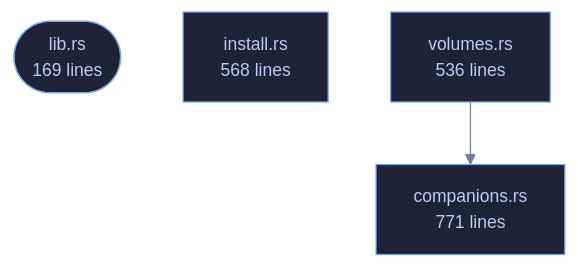
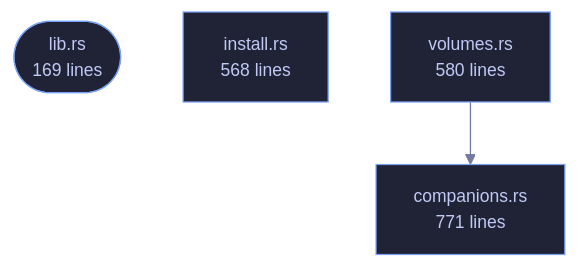
Before and after one commit to tilas01/veilvoice: the diagram in crates/veilvoice-setup/README.md, drawn with Mermaid. The commit also changed other lines of this file and 30 other files, not shown here.

````diff
--- a/crates/veilvoice-setup/README.md
+++ b/crates/veilvoice-setup/README.md
@@ -103,13 +103,13 @@
 ```mermaid
 %%{init: {"theme":"base","themeVariables":{"background":"#1a1b26","primaryColor":"#1f2335","primaryTextColor":"#c0caf5","primaryBorderColor":"#7aa2f7","secondaryColor":"#16161e","tertiaryColor":"#16161e","lineColor":"#737aa2","textColor":"#c0caf5","mainBkg":"#1f2335","nodeBorder":"#7aa2f7","clusterBkg":"#16161e","clusterBorder":"#2f3549","fontFamily":"ui-monospace, SFMono-Regular, Consolas, monospace","fontSize":"14px"}}}%%
 flowchart TD
     n_lib(["lib.rs<br/>169 lines"])
     n_companions["companions.rs<br/>771 lines"]
     n_install["install.rs<br/>568 lines"]
-    n_volumes["volumes.rs<br/>536 lines"]
+    n_volumes["volumes.rs<br/>580 lines"]
     n_volumes --> n_companions
     click n_lib href "https://github.com/tilas01/veilvoice/blob/main/crates/veilvoice-setup/src/lib.rs" "open the source"
     click n_companions href "https://github.com/tilas01/veilvoice/blob/main/crates/veilvoice-setup/src/companions.rs" "open the source"
     click n_install href "https://github.com/tilas01/veilvoice/blob/main/crates/veilvoice-setup/src/install.rs" "open the source"
     click n_volumes href "https://github.com/tilas01/veilvoice/blob/main/crates/veilvoice-setup/src/volumes.rs" "open the source"
 ```
````
